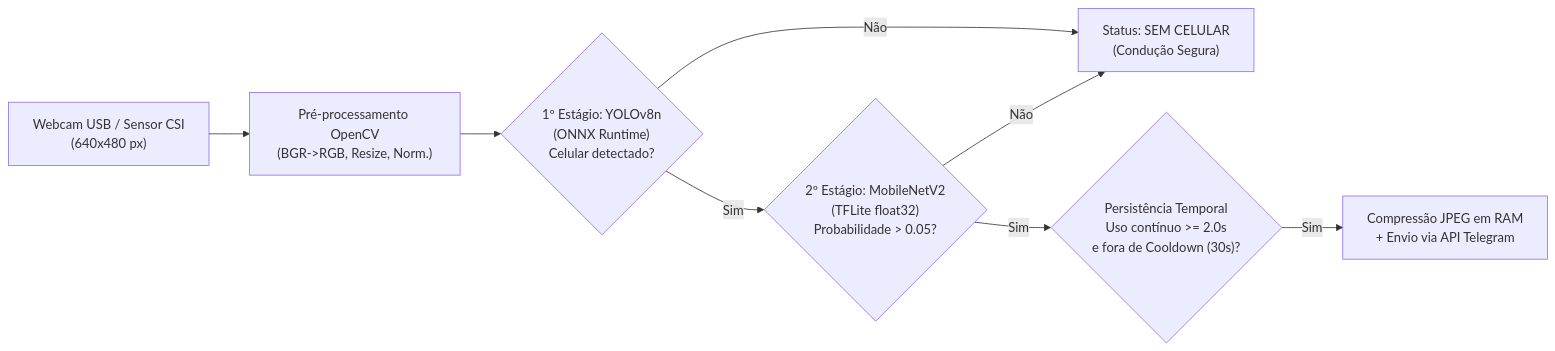
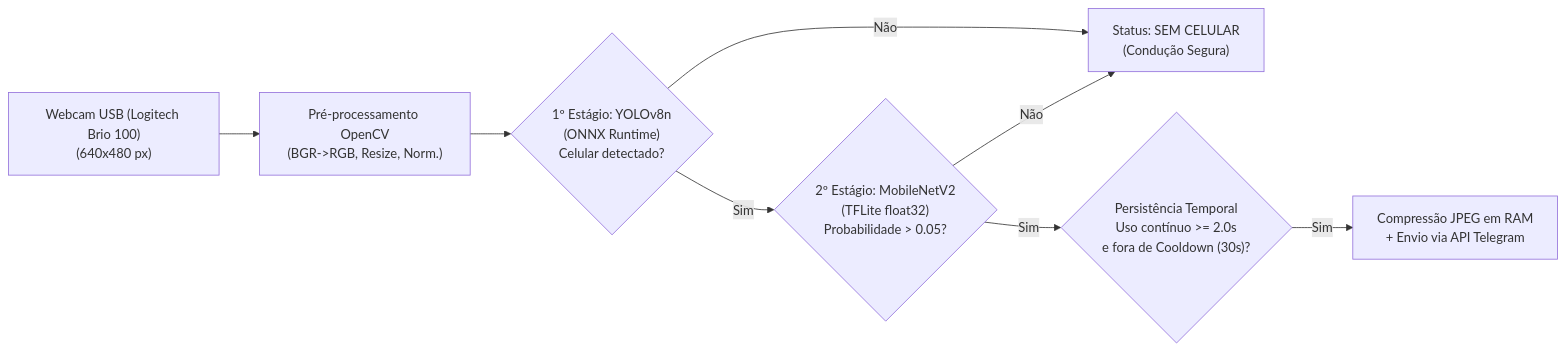
The diagram in README.md (ingridmxavier/TG), drawn with Mermaid before and after one commit. The commit also changed other lines of this file, not shown here.

````diff
--- a/README.md
+++ b/README.md
@@ -58,10 +57,10 @@
 ```mermaid
 flowchart LR
-    A["Webcam USB / Sensor CSI\n(640x480 px)"] --> B["Pré-processamento OpenCV\n(BGR->RGB, Resize, Norm.)"]
+    A["Webcam USB (Logitech Brio 100)\n(640x480 px)"] --> B["Pré-processamento OpenCV\n(BGR->RGB, Resize, Norm.)"]
     B --> C{"1º Estágio: YOLOv8n\n(ONNX Runtime)\nCelular detectado?"}
     C -- Não --> D["Status: SEM CELULAR\n(Condução Segura)"]
     C -- Sim --> E{"2º Estágio: MobileNetV2\n(TFLite float32)\nProbabilidade > 0.05?"}
     E -- Não --> D
     E -- Sim --> F{"Persistência Temporal\nUso contínuo >= 2.0s\ne fora de Cooldown (30s)?"}
     F -- Sim --> G["Compressão JPEG em RAM\n+ Envio via API Telegram"]
 ```
````
